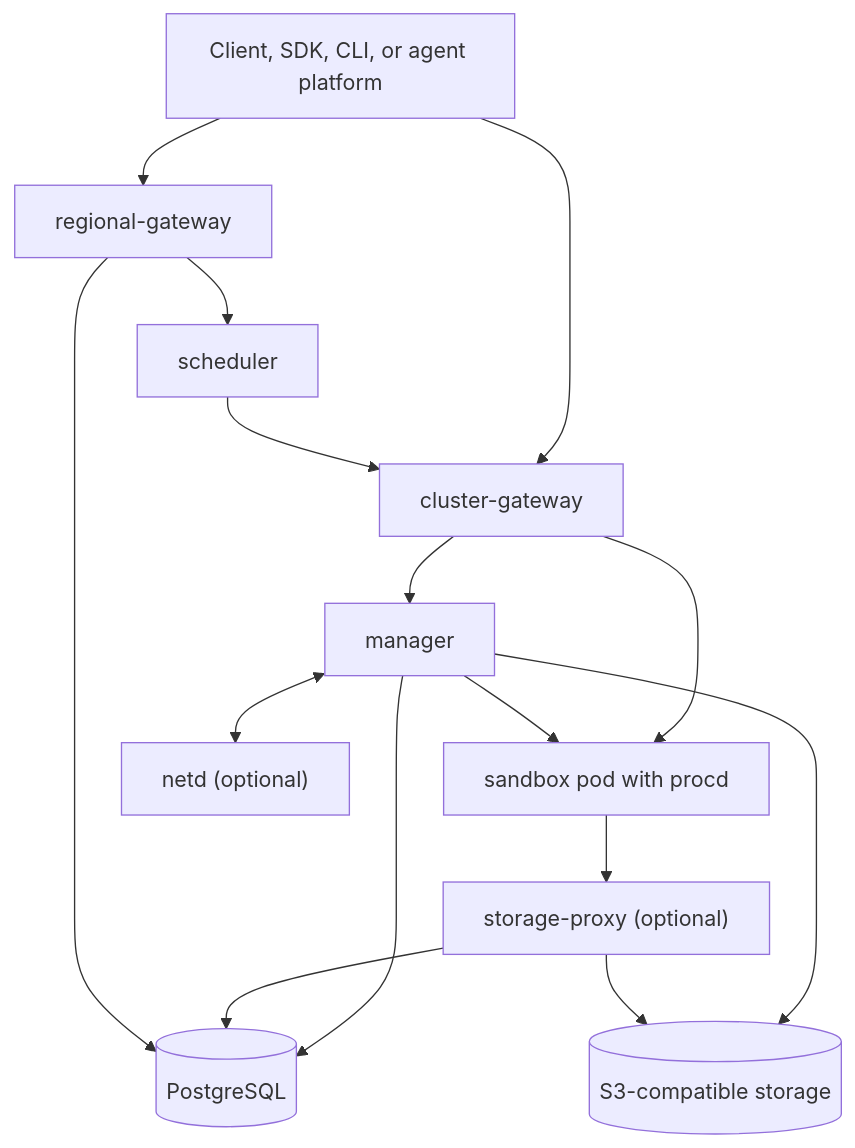
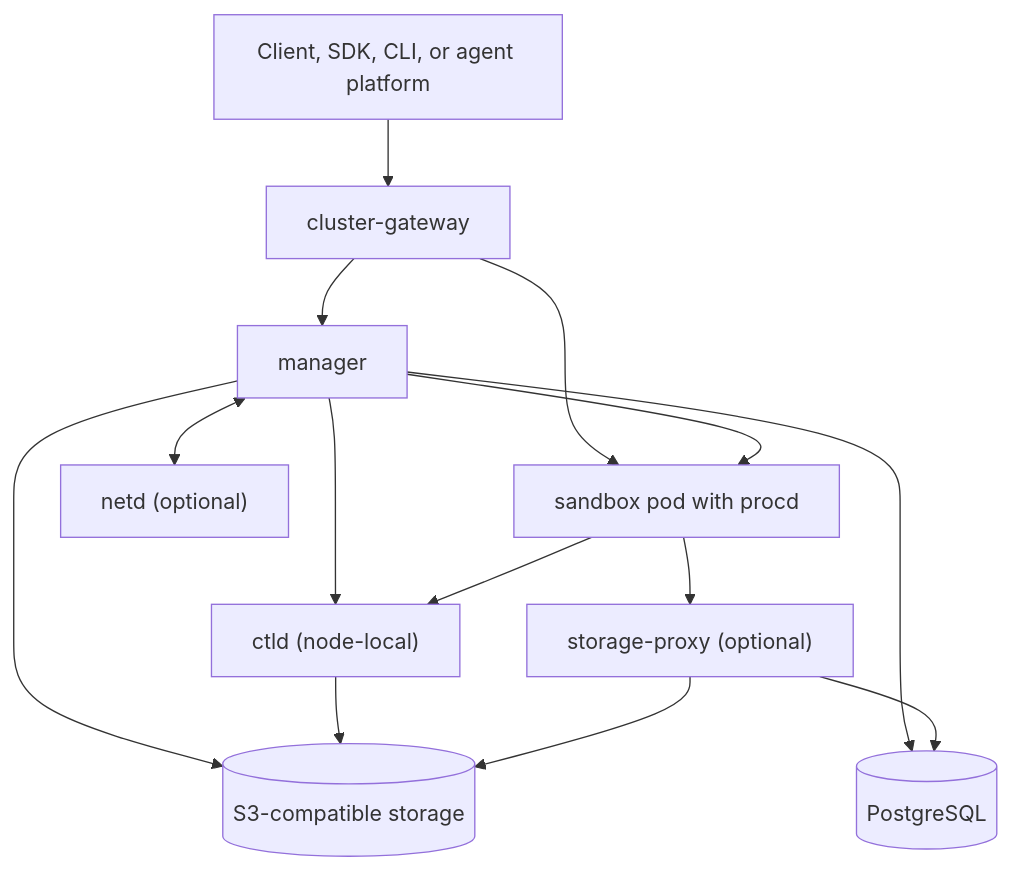
The second of 2 diagrams in README.md (sandbox0-ai/sandbox0), drawn with Mermaid before and after one commit. The commit also changed other lines of this file, not shown here.

Commit message:
docs: fix readme architecture diagram (#601)

````diff
--- a/README.md
+++ b/README.md
@@ -163,17 +163,16 @@
 ```mermaid
 flowchart TB
     client["Client, SDK, CLI, or agent platform"] --> cgw["cluster-gateway"]
-    client --> rgw["regional-gateway"]
-    rgw --> sched["scheduler"]
-    sched --> cgw
     cgw --> mgr["manager"]
     cgw --> pod["sandbox pod with procd"]
     mgr --> pod
+    mgr --> ctld["ctld (node-local)"]
     mgr <--> netd["netd (optional)"]
+    pod --> ctld
     pod --> sp["storage-proxy (optional)"]
     mgr --> pg[("PostgreSQL")]
     mgr --> s3[("S3-compatible storage")]
-    sp --> pg[("PostgreSQL")]
-    sp --> s3[("S3-compatible storage")]
-    rgw --> pg
+    ctld --> s3
+    sp --> pg
+    sp --> s3
 ```
````
